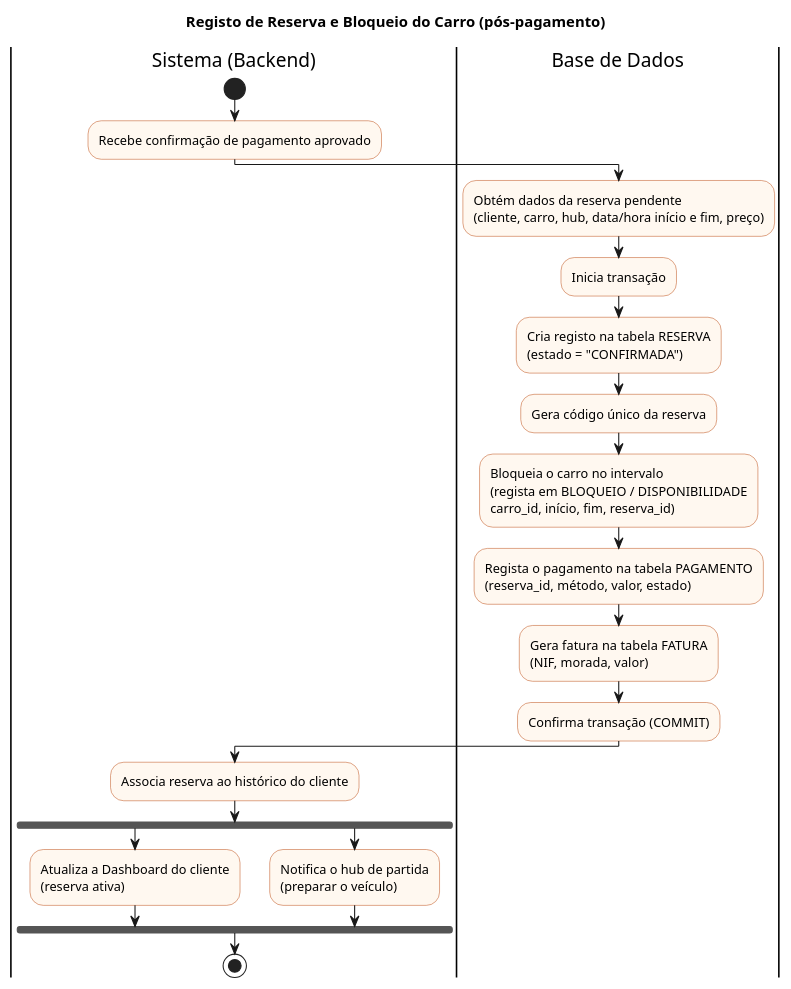
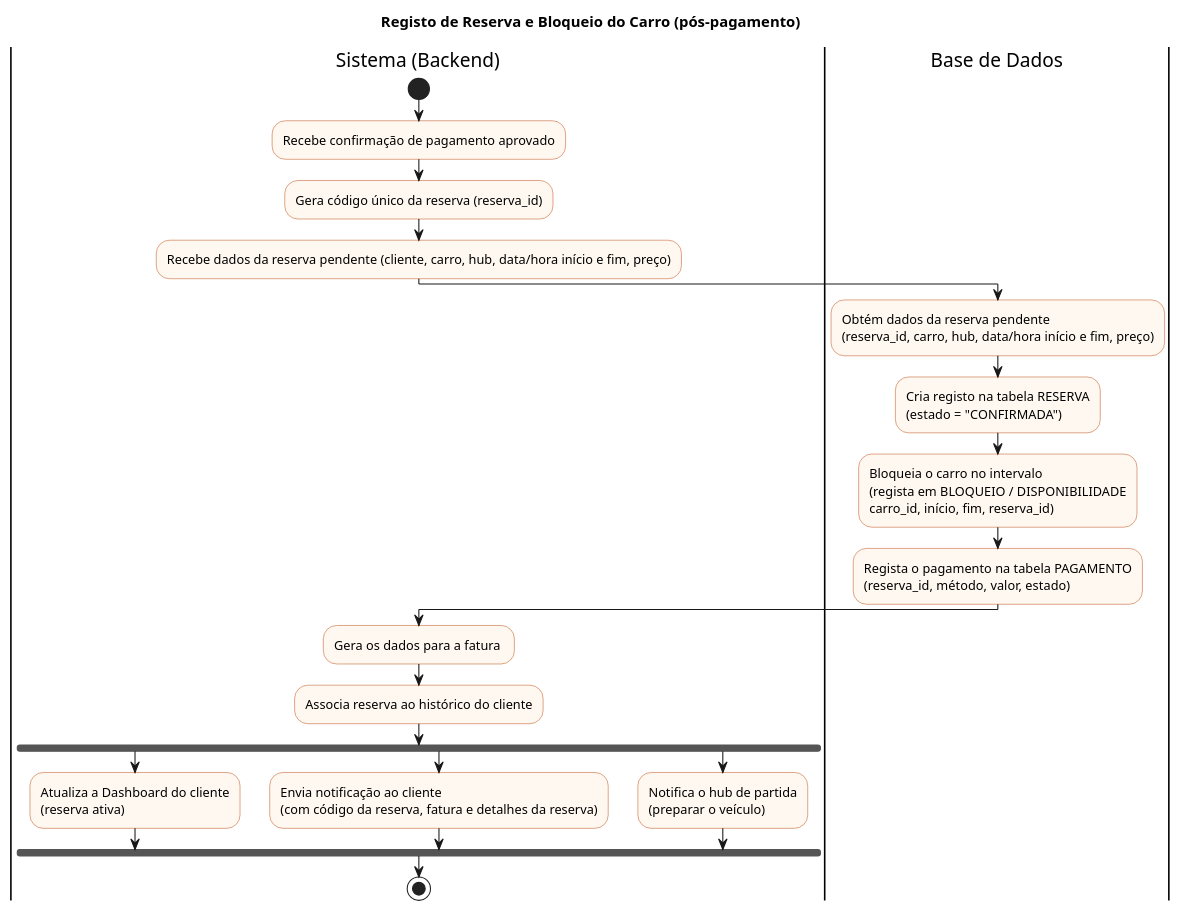
Before and after one commit to MATPERDU94/DriveNow: the diagram in doc/registo_reserva_carro.puml, drawn with PlantUML. The commit also changed 6 other files, not shown here.

Commit message:
Correção do diagrama de aluguer de carro

```diff
--- a/doc/registo_reserva_carro.puml
+++ b/doc/registo_reserva_carro.puml
@@ -1,37 +1,38 @@
 @startuml
 title Registo de Reserva e Bloqueio do Carro (pós-pagamento)
 
 skinparam shadowing false
 skinparam defaultFontName Arial
 skinparam activity {
   BackgroundColor #FFF8F0
   BorderColor #C05621
 }
 
 |Sistema (Backend)|
 start
 :Recebe confirmação de pagamento aprovado;
+:Gera código único da reserva (reserva_id);
+:Recebe dados da reserva pendente (cliente, carro, hub, data/hora início e fim, preço);
 
 |Base de Dados|
-:Obtém dados da reserva pendente\n(cliente, carro, hub, data/hora início e fim, preço);
-:Inicia transação;
+:Obtém dados da reserva pendente\n(reserva_id, carro, hub, data/hora início e fim, preço);
 :Cria registo na tabela RESERVA\n(estado = "CONFIRMADA");
-:Gera código único da reserva;
 :Bloqueia o carro no intervalo\n(regista em BLOQUEIO / DISPONIBILIDADE\ncarro_id, início, fim, reserva_id);
 :Regista o pagamento na tabela PAGAMENTO\n(reserva_id, método, valor, estado);
-:Gera fatura na tabela FATURA\n(NIF, morada, valor);
-:Confirma transação (COMMIT);
 
 |Sistema (Backend)|
+:Gera os dados para a fatura ;
 :Associa reserva ao histórico do cliente;
 
 fork 
   :Atualiza a Dashboard do cliente\n(reserva ativa);
+fork again
+  :Envia notificação ao cliente\n(com código da reserva, fatura e detalhes da reserva);
 fork again
   :Notifica o hub de partida\n(preparar o veículo);
 end fork
 
 
 stop
 
 @enduml
```
